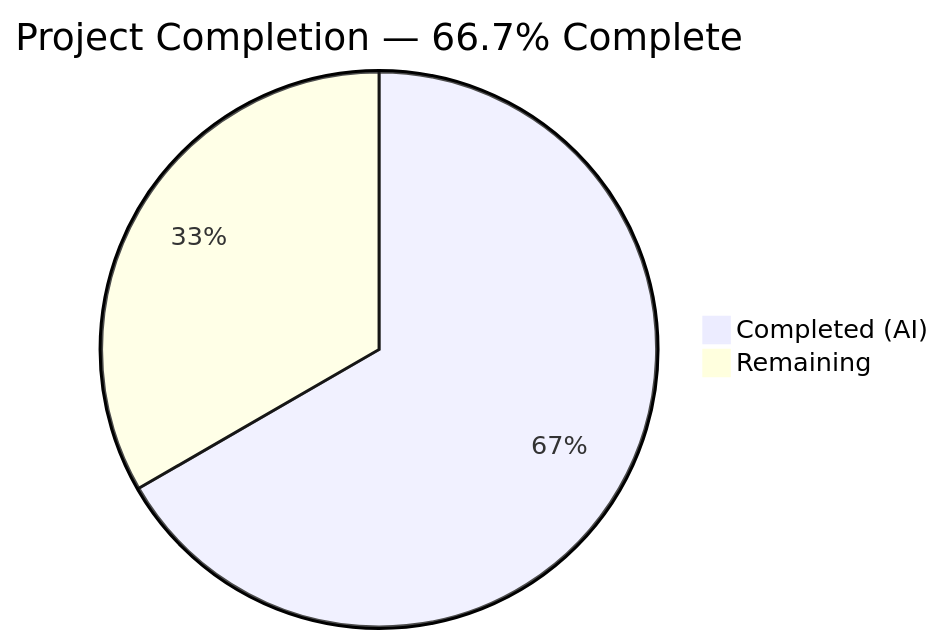
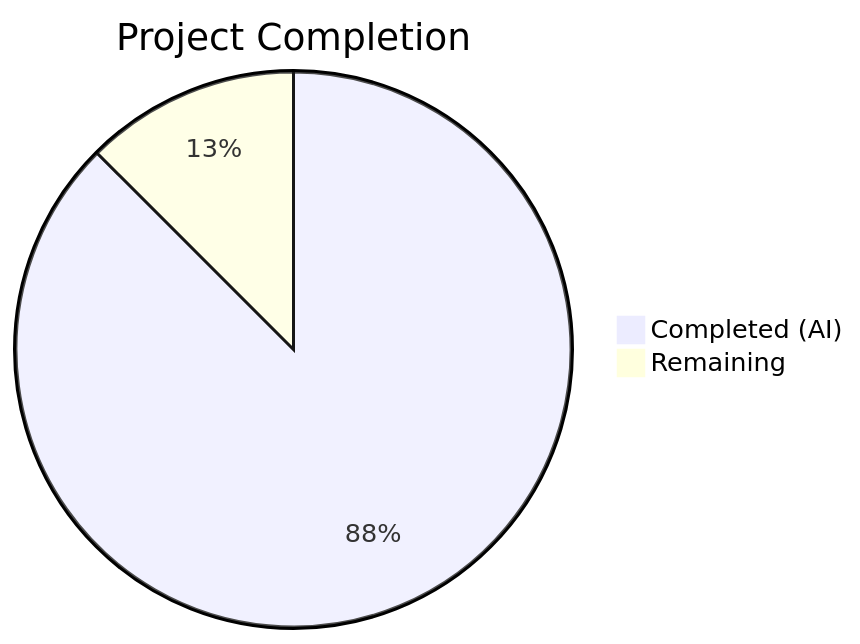
The first of 2 diagrams in blitzy/documentation/Project Guide.md (TestadoBlitzy/Existing-product), drawn with Mermaid before and after one commit. The commit also changed other lines of this file, not shown here.

Commit message:
Adding Blitzy Project Guide: Project Status and Human Tasks Remaining

````diff
--- a/blitzy/documentation/Project Guide.md
+++ b/blitzy/documentation/Project Guide.md
@@ -14,5 +13,5 @@
 ```mermaid
-pie title Project Completion — 66.7% Complete
-    "Completed (AI)" : 4
+pie title Project Completion
+    "Completed (AI)" : 14
     "Remaining" : 2
 ```
````
